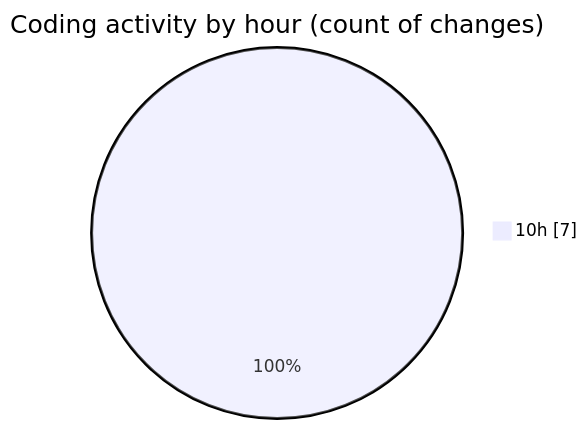
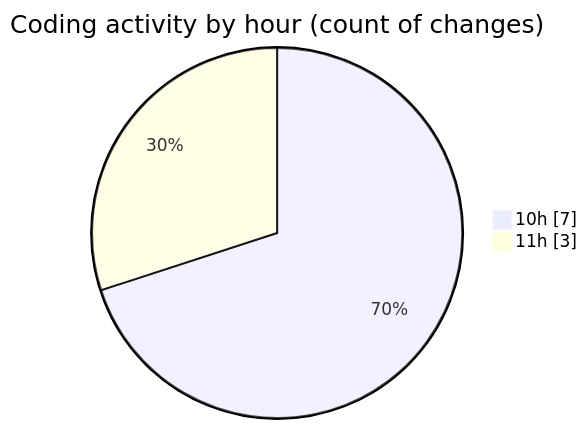
One commit to igalym/code-tracking changed the second of 2 diagrams in 2026-03-31/cinema/README.md. Above: the diagram before and after it, drawn with Mermaid. The commit also changed other lines of this file and 1 other file, not shown here.

````diff
--- a/2026-03-31/cinema/README.md
+++ b/2026-03-31/cinema/README.md
@@ -32,5 +33,6 @@
 ```mermaid
 pie showData
 title Coding activity by hour (count of changes)
 "10h" : 7
+"11h" : 3
 ```
````
